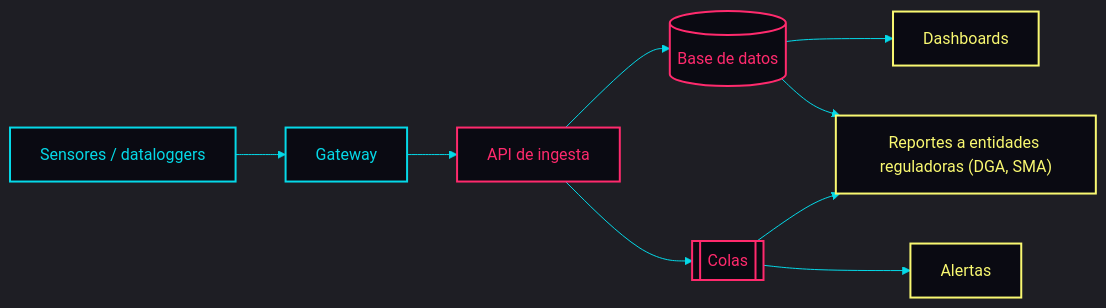
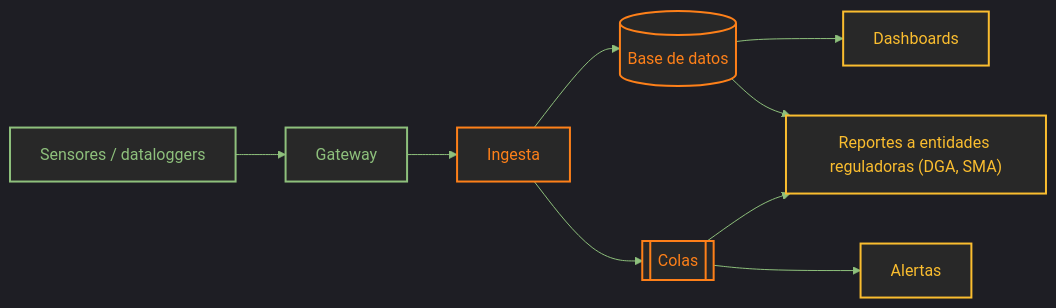
Before and after one commit to felipebarraza6/felipebarraza6: the second of 3 diagrams in README.md, drawn with Mermaid. The commit also changed other lines of this file and 1 other file, not shown here.

````diff
--- a/README.md
+++ b/README.md
@@ -73,18 +77,18 @@
 ```mermaid
-%%{init: {"theme":"dark","themeVariables":{"background":"#0A0A12","primaryTextColor":"#E6E6E6","lineColor":"#05d9e8","fontFamily":"monospace"}}}%%
+%%{init: {"theme":"dark","themeVariables":{"background":"#282828","primaryTextColor":"#ebdbb2","lineColor":"#8ec07c","fontFamily":"monospace"}}}%%
 flowchart LR
   SEN["Sensores / dataloggers"] --> GW["Gateway"]
-  GW --> ING["API de ingesta"]
+  GW --> ING["Ingesta"]
   ING --> DB[("Base de datos")]
   ING --> Q[["Colas"]]
   DB --> DASH["Dashboards"]
   Q --> AL["Alertas"]
   DB --> REP["Reportes a entidades reguladoras (DGA, SMA)"]
   Q --> REP
-  classDef io fill:#0A0A12,stroke:#05D9E8,stroke-width:2px,color:#05D9E8
-  classDef core fill:#0A0A12,stroke:#FF2A6D,stroke-width:2px,color:#FF2A6D
-  classDef out fill:#0A0A12,stroke:#F9F871,stroke-width:2px,color:#F9F871
+  classDef io fill:#282828,stroke:#8ec07c,stroke-width:2px,color:#8ec07c
+  classDef core fill:#282828,stroke:#fe8019,stroke-width:2px,color:#fe8019
+  classDef out fill:#282828,stroke:#fabd2f,stroke-width:2px,color:#fabd2f
   class SEN,GW io
   class ING,DB,Q core
   class DASH,AL,REP out
 ```
````
